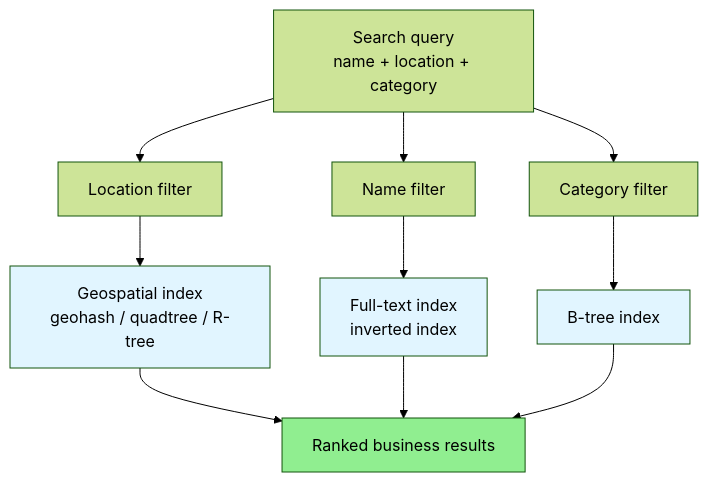
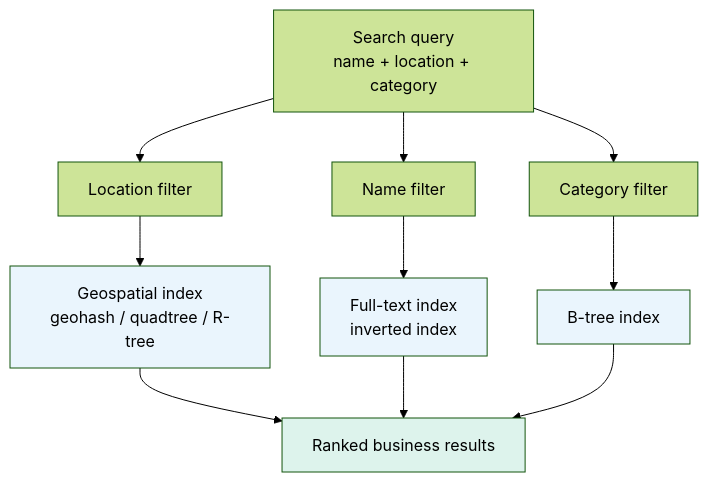
The second of 3 diagrams in LLD/SystemDesign/ProblemBreakdowns/Yelp.md (cartmancodes/InterviewVault), drawn with Mermaid (forest theme) before and after one commit. The commit also changed other lines of this file and 679 other files, not shown here.

Commit message:
Unify content diagrams and add accessible visual walkthroughs

````diff
--- a/LLD/SystemDesign/ProblemBreakdowns/Yelp.md
+++ b/LLD/SystemDesign/ProblemBreakdowns/Yelp.md
@@ -356,19 +356,19 @@
 ```mermaid
 graph TB
     Q["Search query<br/>name + location + category"] --> L["Location filter"]
     Q --> N["Name filter"]
     Q --> C["Category filter"]
 
     L --> LI["Geospatial index<br/>geohash / quadtree / R-tree"]
     N --> NI["Full-text index<br/>inverted index"]
     C --> CI["B-tree index"]
 
     LI --> R["Ranked business results"]
     NI --> R
     CI --> R
 
-    style LI fill:#e1f5ff
-    style NI fill:#e1f5ff
-    style CI fill:#e1f5ff
-    style R fill:#90EE90
+    style LI fill:#EAF5FD
+    style NI fill:#EAF5FD
+    style CI fill:#EAF5FD
+    style R fill:#DDF3EC
 ```
````
